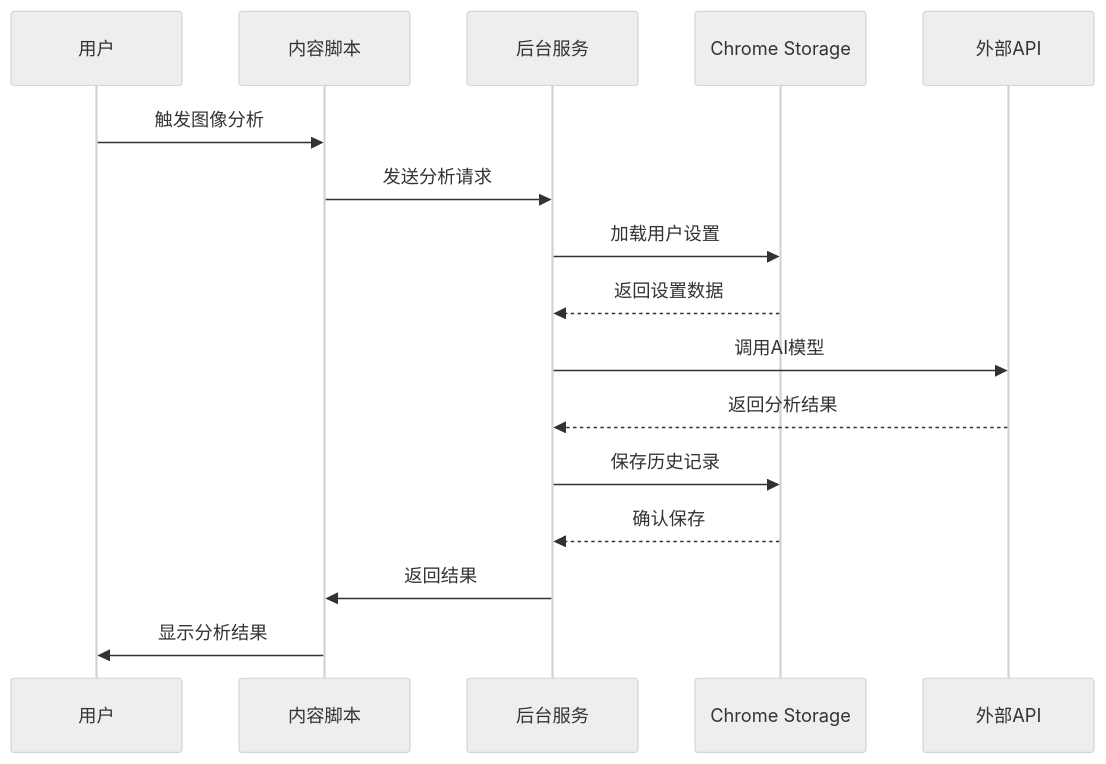
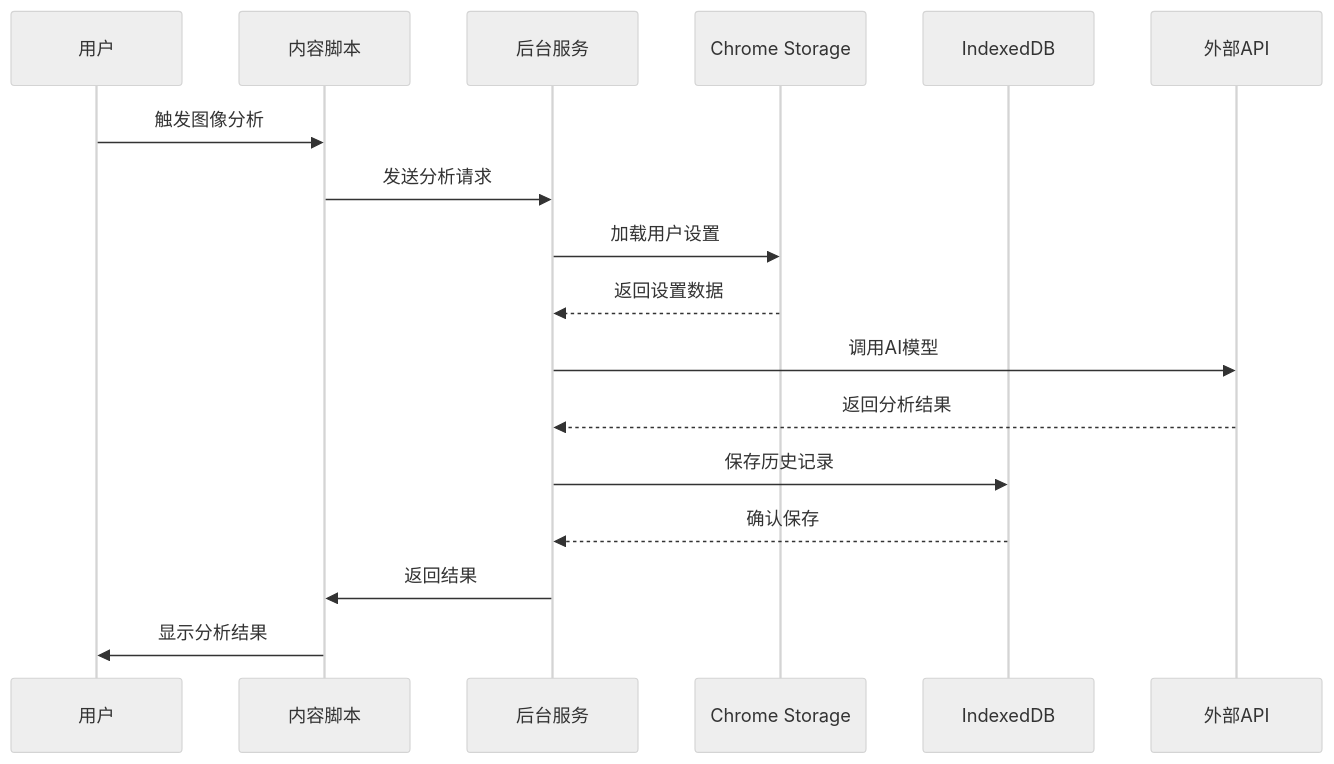
One commit to binasi/Img2Prompt changed the second of 21 diagrams in .qoder/repowiki/zh/content/技术架构/数据管理策略.md. Above: the diagram before and after it, drawn with Mermaid (neutral theme). The commit also changed other lines of this file and 7 other files, not shown here.

````diff
--- a/.qoder/repowiki/zh/content/技术架构/数据管理策略.md
+++ b/.qoder/repowiki/zh/content/技术架构/数据管理策略.md
@@ -77,18 +91,19 @@
 ```mermaid
 sequenceDiagram
 participant User as 用户
 participant Content as 内容脚本
 participant Background as 后台服务
 participant Storage as Chrome Storage
+participant DB as IndexedDB
 participant API as 外部API
 User->>Content : 触发图像分析
 Content->>Background : 发送分析请求
 Background->>Storage : 加载用户设置
 Storage-->>Background : 返回设置数据
 Background->>API : 调用AI模型
 API-->>Background : 返回分析结果
-Background->>Storage : 保存历史记录
-Storage-->>Background : 确认保存
+Background->>DB : 保存历史记录
+DB-->>Background : 确认保存
 Background->>Content : 返回结果
 Content->>User : 显示分析结果
 ```
````
